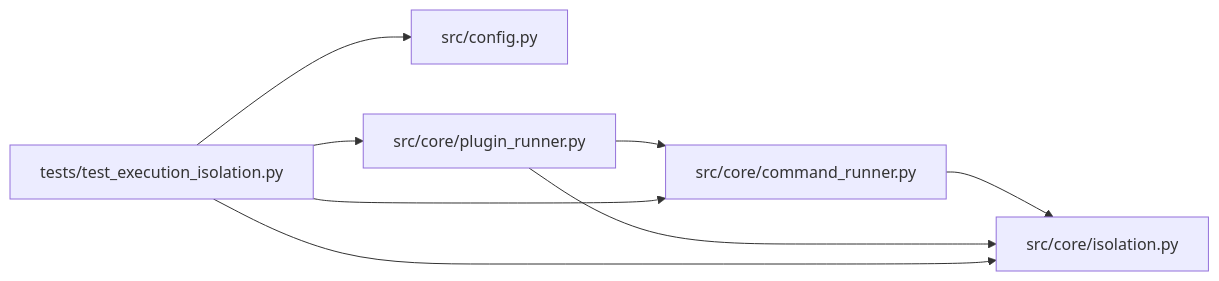
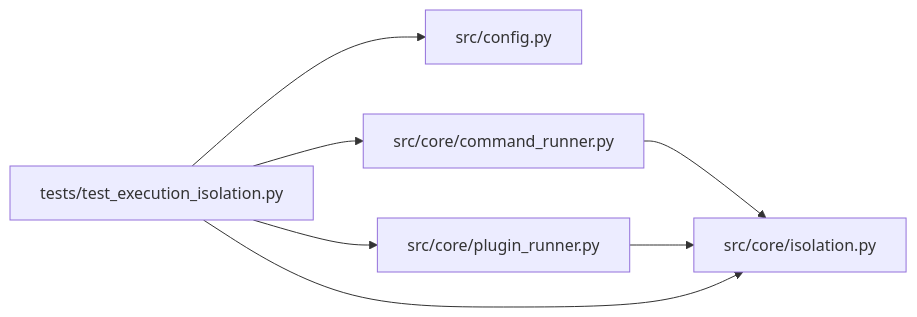
The diagram in docs/llm_wiki/modules/test_execution_isolation.md (Denissvgn/autoresearch-agent), drawn with Mermaid before and after one commit. The commit also changed 37 other files, not shown here.

````diff
--- a/docs/llm_wiki/modules/test_execution_isolation.md
+++ b/docs/llm_wiki/modules/test_execution_isolation.md
@@ -36,20 +36,19 @@
 ```mermaid
 flowchart LR
     n0["src/config.py"]
     n1["src/core/command_runner.py"]
     n2["src/core/isolation.py"]
     n3["src/core/plugin_runner.py"]
     n4["tests/test_execution_isolation.py"]
     n1 --> n2
-    n3 --> n1
     n3 --> n2
     n4 --> n0
     n4 --> n1
     n4 --> n2
     n4 --> n3
     click n0 "../modules/config.md"
     click n1 "../modules/command_runner.md"
     click n2 "../modules/isolation.md"
     click n3 "../modules/plugin_runner.md"
     click n4 "../modules/test_execution_isolation.md"
 ```
````
